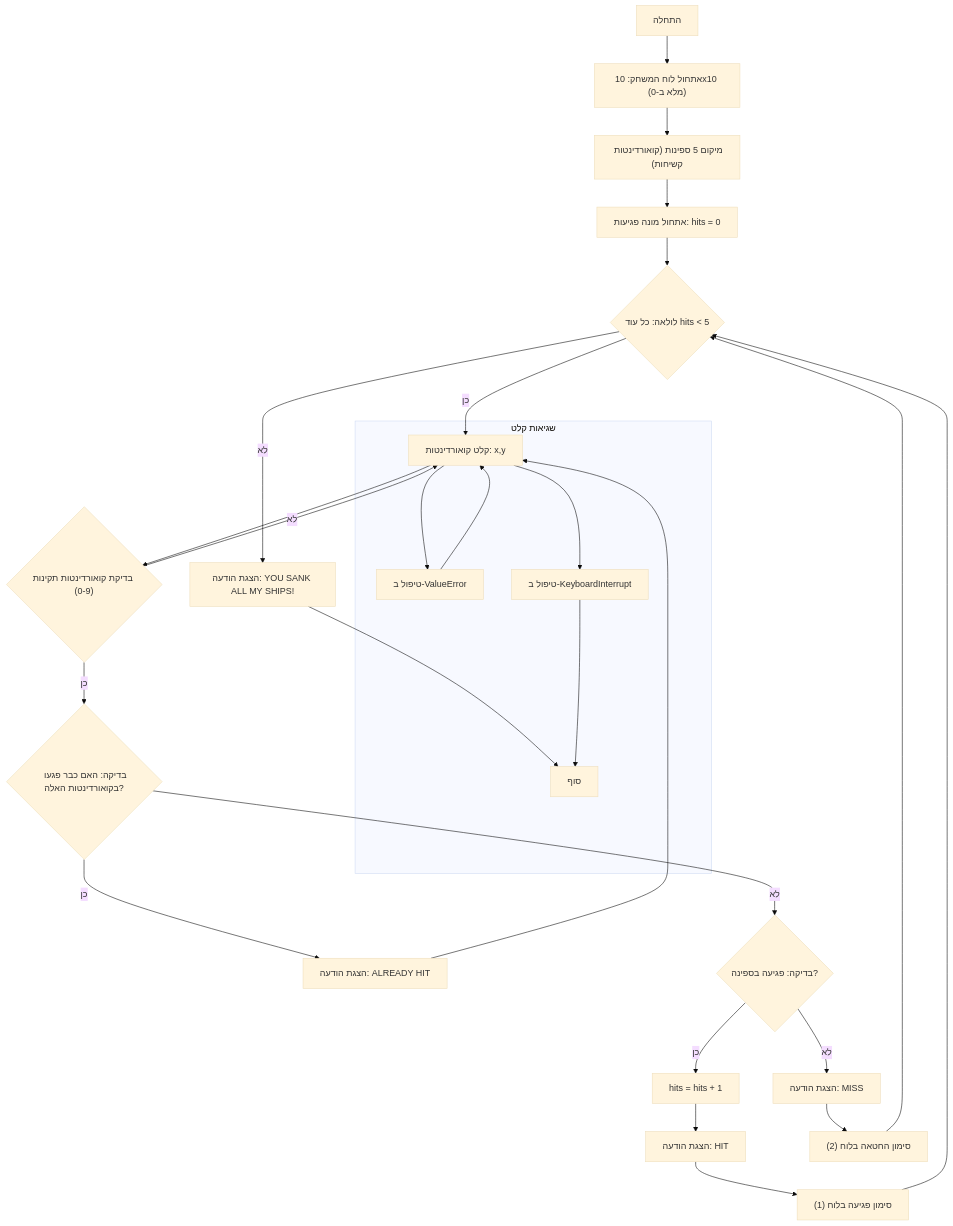
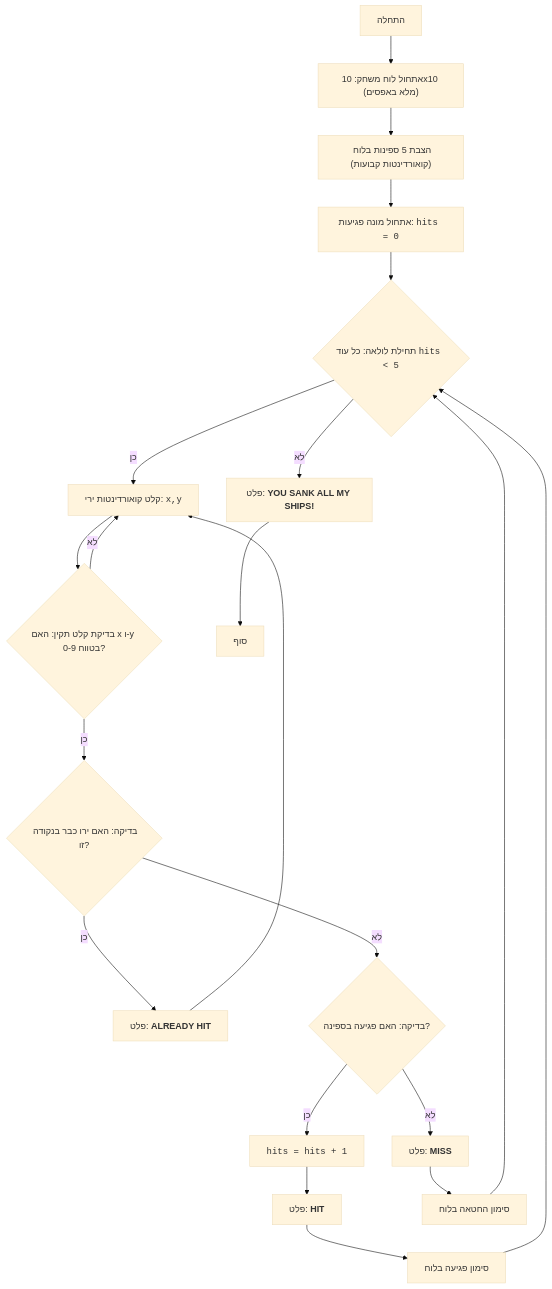
The diagram in docs/gemini/he/explainer/src/endpoints/ai_games/101_basic_computer_games/ru/GAMES/SALVO I/salvo_i.py.md (hypo69/hypo), drawn with Mermaid (base theme) before and after one commit. The commit also changed other lines of this file and 885 other files, not shown here.

````diff
--- a/docs/gemini/he/explainer/src/endpoints/ai_games/101_basic_computer_games/ru/GAMES/SALVO I/salvo_i.py.md
+++ b/docs/gemini/he/explainer/src/endpoints/ai_games/101_basic_computer_games/ru/GAMES/SALVO I/salvo_i.py.md
@@ -48,31 +101,23 @@
 ```mermaid
 flowchart TD
-    Start["התחלה"] --> InitializeBoard["אתחול לוח המשחק: 10x10 (מלא ב-0)"]
-    InitializeBoard --> PlaceShips["מיקום 5 ספינות (קואורדינטות קשיחות)"]
-    PlaceShips --> InitializeHits["אתחול מונה פגיעות: hits = 0"]
-    InitializeHits --> LoopStart{"לולאה: כל עוד hits < 5"}
-    LoopStart -- כן --> InputCoordinates["קלט קואורדינטות: x,y"]
-     InputCoordinates --> ValidateCoordinates{"בדיקת קואורדינטות תקינות (0-9)"}
-    ValidateCoordinates -- לא --> InputCoordinates
-    ValidateCoordinates -- כן --> CheckPreviousHit{"בדיקה: האם כבר פגעו בקואורדינטות האלה?"}
-    CheckPreviousHit -- כן --> OutputAlreadyHit["הצגת הודעה: ALREADY HIT"]
+    Start["התחלה"] --> InitializeBoard["אתחול לוח משחק: 10x10 (מלא באפסים)"]
+    InitializeBoard --> PlaceShips["הצבת 5 ספינות בלוח (קואורדינטות קבועות)"]
+    PlaceShips --> InitializeHits["אתחול מונה פגיעות: <code>hits = 0</code>"]
+    InitializeHits --> LoopStart{"תחילת לולאה: כל עוד <code>hits < 5</code>"}
+    LoopStart -- כן --> InputCoordinates["קלט קואורדינטות ירי: <code>x,y</code>"]
+    InputCoordinates --> ValidateInput{"בדיקת קלט תקין: האם x ו-y בטווח 0-9?"}
+    ValidateInput -- לא --> InputCoordinates
+    ValidateInput -- כן --> CheckPreviousHit{"בדיקה: האם ירו כבר בנקודה זו?"}
+    CheckPreviousHit -- כן --> OutputAlreadyHit["פלט: <b>ALREADY HIT</b>"]
     OutputAlreadyHit --> InputCoordinates
-    CheckPreviousHit -- לא --> CheckHit{"בדיקה: פגיעה בספינה?"}
-    CheckHit -- כן --> IncreaseHits["hits = hits + 1"]
-    IncreaseHits --> OutputHit["הצגת הודעה: HIT"]
-    OutputHit --> MarkHit["סימון פגיעה בלוח (1)"]
+    CheckPreviousHit -- לא --> CheckHit{"בדיקה: האם פגיעה בספינה?"}
+    CheckHit -- כן --> IncreaseHits["<code>hits = hits + 1</code>"]
+    IncreaseHits --> OutputHit["פלט: <b>HIT</b>"]
+    OutputHit --> MarkHit["סימון פגיעה בלוח"]
     MarkHit --> LoopStart
-    CheckHit -- לא --> OutputMiss["הצגת הודעה: MISS"]
-    OutputMiss --> MarkMiss["סימון החטאה בלוח (2)"]
+    CheckHit -- לא --> OutputMiss["פלט: <b>MISS</b>"]
+    OutputMiss --> MarkMiss["סימון החטאה בלוח"]
     MarkMiss --> LoopStart
-    LoopStart -- לא --> OutputWin["הצגת הודעה: YOU SANK ALL MY SHIPS!"]
+    LoopStart -- לא --> OutputWin["פלט: <b>YOU SANK ALL MY SHIPS!</b>"]
     OutputWin --> End["סוף"]
-    
-   subgraph שגיאות קלט
-    InputCoordinates --> ValueErrorHandler["טיפול ב-ValueError"]
-        ValueErrorHandler --> InputCoordinates
-       InputCoordinates --> KeyboardInterruptHandler["טיפול ב-KeyboardInterrupt"]
-        KeyboardInterruptHandler --> End
-   end
-    
 ```
````
